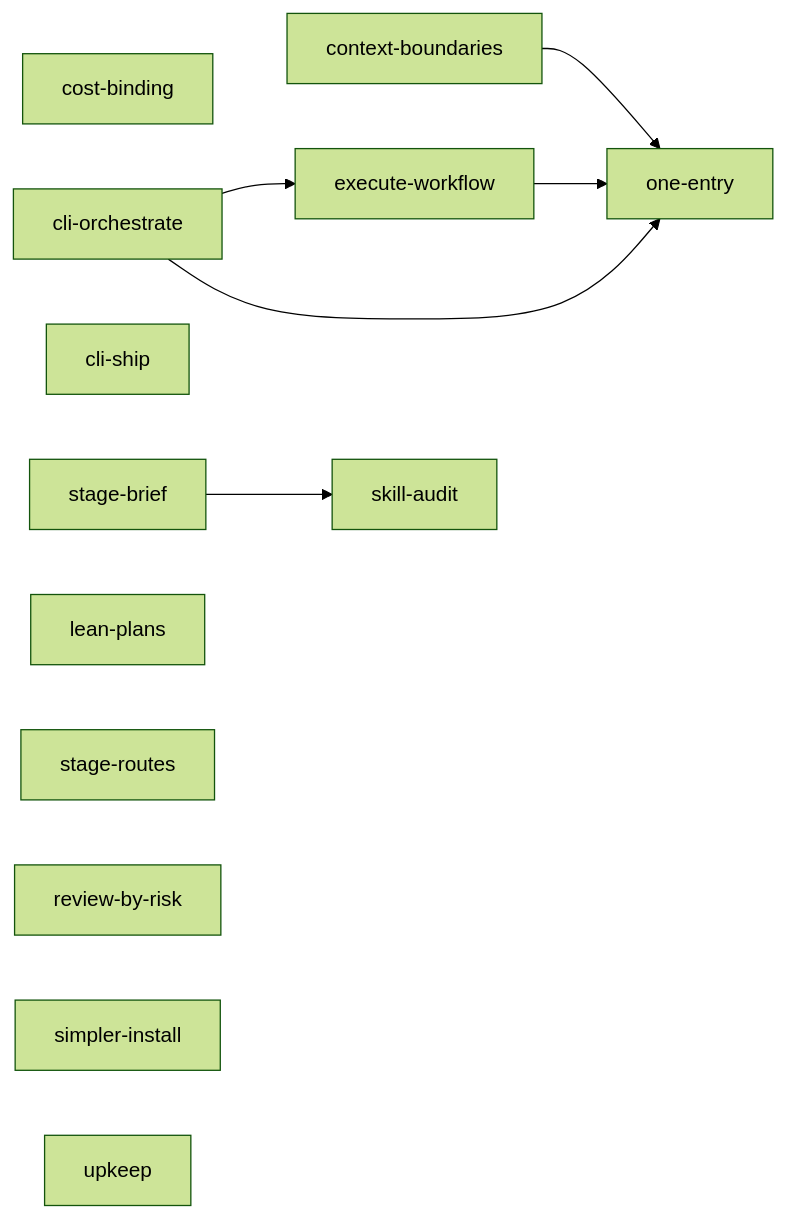
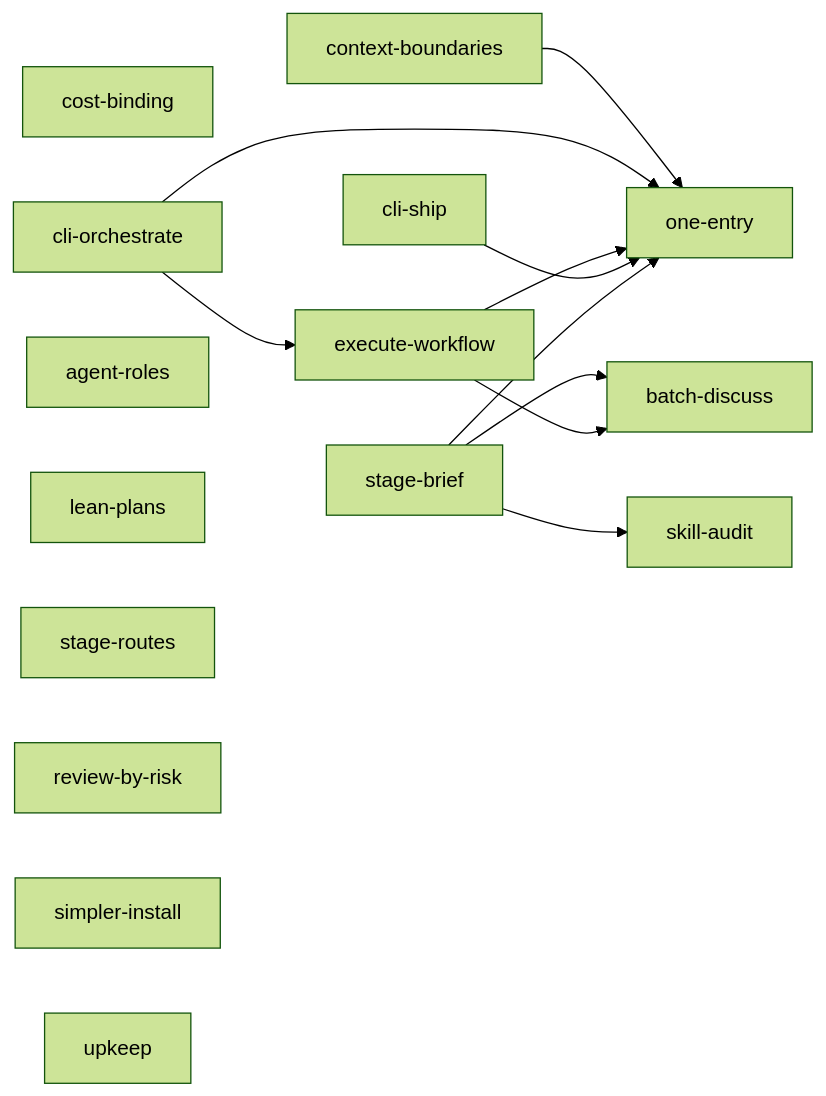
The diagram in .planning/roadmap.md (giangdhwhtbr/gin-workflow), drawn with Mermaid (forest theme) before and after one commit. The commit also changed other lines of this file, not shown here.

First line of the commit message:
docs(roadmap): platform first, agent roles and batch discuss epics, one-entry dependencies

````diff
--- a/.planning/roadmap.md
+++ b/.planning/roadmap.md
@@ -69,15 +72,19 @@
 ```mermaid
 flowchart LR
     CB[cost-binding]
     CX[context-boundaries] --> OE[one-entry]
     CO[cli-orchestrate] --> EW[execute-workflow]
     CO --> OE
     EW --> OE
-    CS[cli-ship]
+    CS[cli-ship] --> OE
     SB[stage-brief] --> SA[skill-audit]
+    SB --> OE
+    SB --> BD[batch-discuss]
+    EW --> BD
+    AR[agent-roles]
     LP[lean-plans]
     SR[stage-routes]
     RR[review-by-risk]
     SI[simpler-install]
     UP[upkeep]
 ```
````
